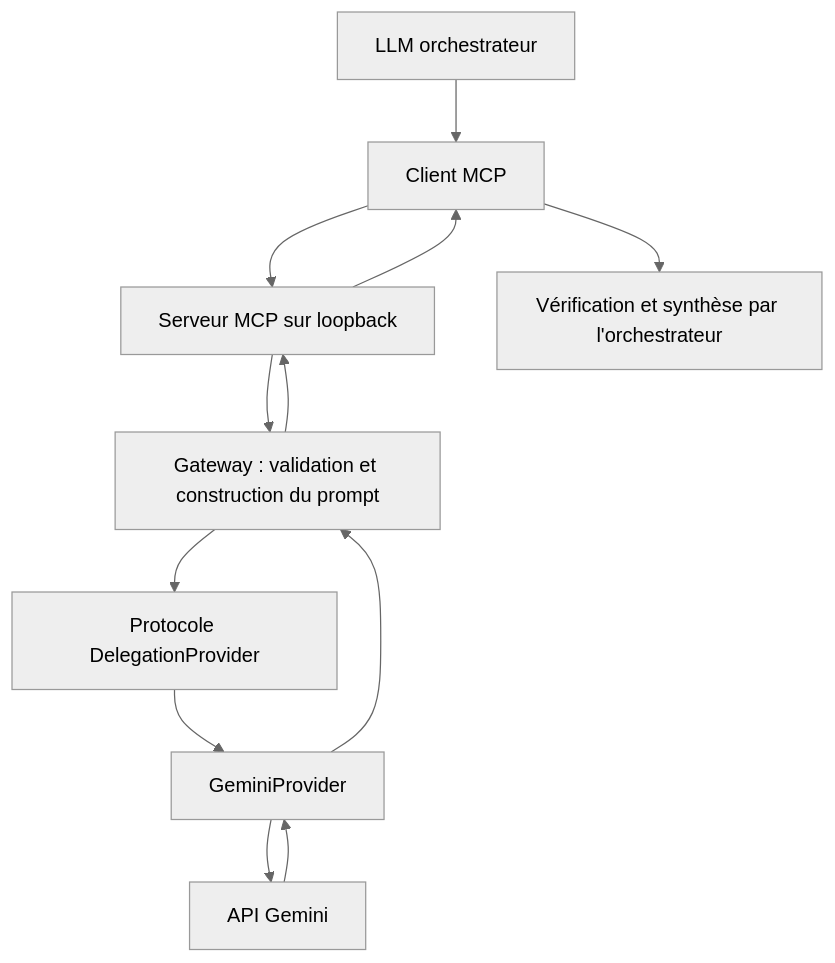
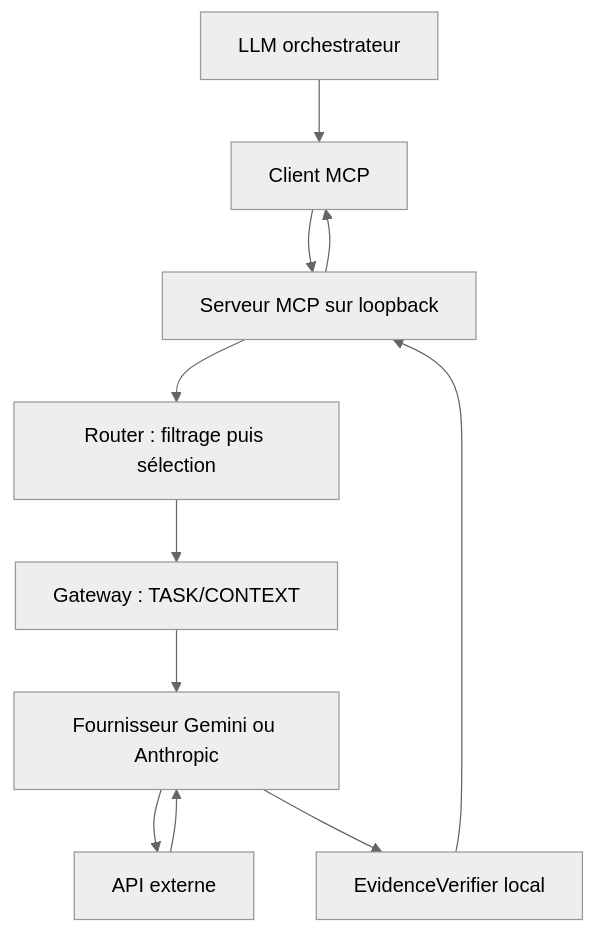
The diagram in docs/fr/architecture.md (Jostophe-021/mcp-cross-model-delegation), drawn with Mermaid (neutral theme) before and after one commit. The commit also changed other lines of this file and 65 other files, not shown here.

````diff
--- a/docs/fr/architecture.md
+++ b/docs/fr/architecture.md
@@ -5,11 +5,11 @@
 ```mermaid
 flowchart TD
     A[LLM orchestrateur] --> B[Client MCP]
     B --> C[Serveur MCP sur loopback]
-    C --> D[Gateway : validation et construction du prompt]
-    D --> E[Protocole DelegationProvider]
-    E --> F[GeminiProvider]
-    F --> G[API Gemini]
-    G --> F --> D --> C --> B
-    B --> H[Vérification et synthèse par l'orchestrateur]
+    C --> D[Router : filtrage puis sélection]
+    D --> E[Gateway : TASK/CONTEXT]
+    E --> F[Fournisseur Gemini ou Anthropic]
+    F --> G[API externe]
+    G --> F --> H[EvidenceVerifier local]
+    H --> C --> B
 ```
````
